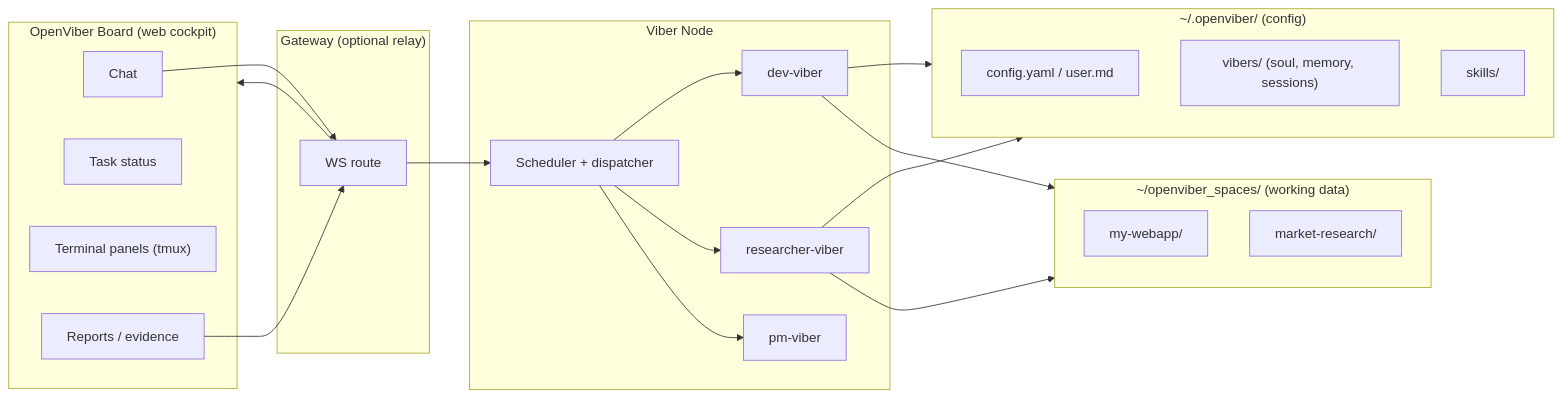
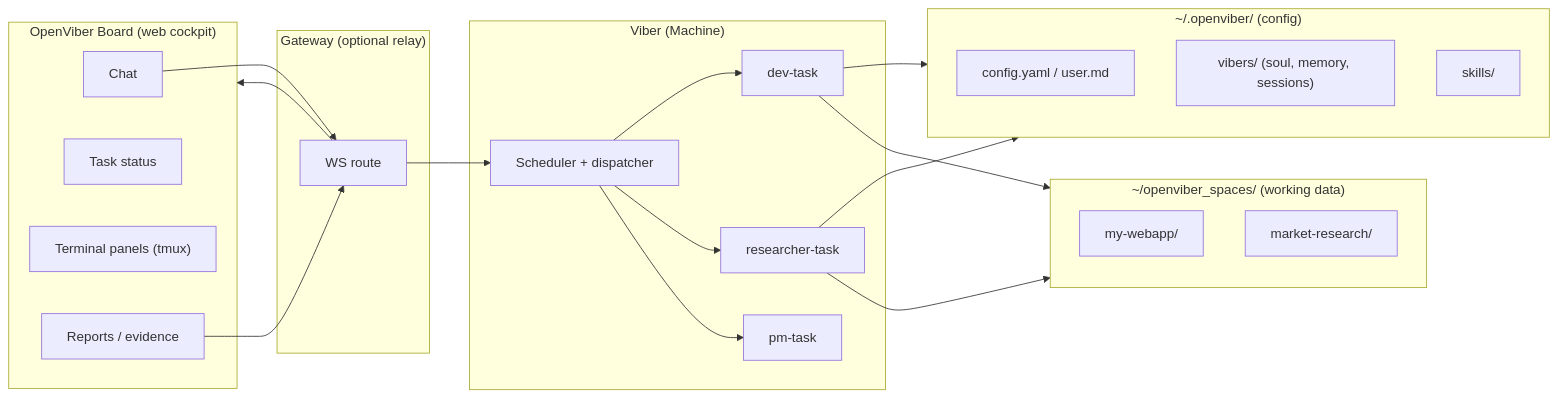
The second of 3 diagrams in docs/design/viber.md (dustland/openviber), drawn with Mermaid before and after one commit. The commit also changed other lines of this file and 16 other files, not shown here.

First line of the commit message:
docs: migrate terminology to Viber (machine) and Task (worker)

````diff
--- a/docs/design/viber.md
+++ b/docs/design/viber.md
@@ -43,39 +43,39 @@
 ```mermaid
 flowchart LR
     subgraph Board["OpenViber Board (web cockpit)"]
       Chat["Chat"]
       Status["Task status"]
       Terms["Terminal panels (tmux)"]
       Reports["Reports / evidence"]
     end
     subgraph Gateway["Gateway (optional relay)"]
       WS["WS route"]
     end
-    subgraph Node["Viber Node"]
+    subgraph Viber["Viber (Machine)"]
       Scheduler["Scheduler + dispatcher"]
-      V1["dev-viber"]
-      V2["researcher-viber"]
-      V3["pm-viber"]
+      V1["dev-task"]
+      V2["researcher-task"]
+      V3["pm-task"]
     end
     subgraph Config["~/.openviber/ (config)"]
       Cfg["config.yaml / user.md"]
       VCfg["vibers/ (soul, memory, sessions)"]
       Skills["skills/"]
     end
     subgraph Spaces["~/openviber_spaces/ (working data)"]
       S1["my-webapp/"]
       S2["market-research/"]
     end
 
     Chat --> WS
     WS --> Scheduler
     Scheduler --> V1
     Scheduler --> V2
     Scheduler --> V3
     V1 --> Config
     V1 --> Spaces
     V2 --> Config
     V2 --> Spaces
     Reports --> WS
     WS --> Board
 ```
````
